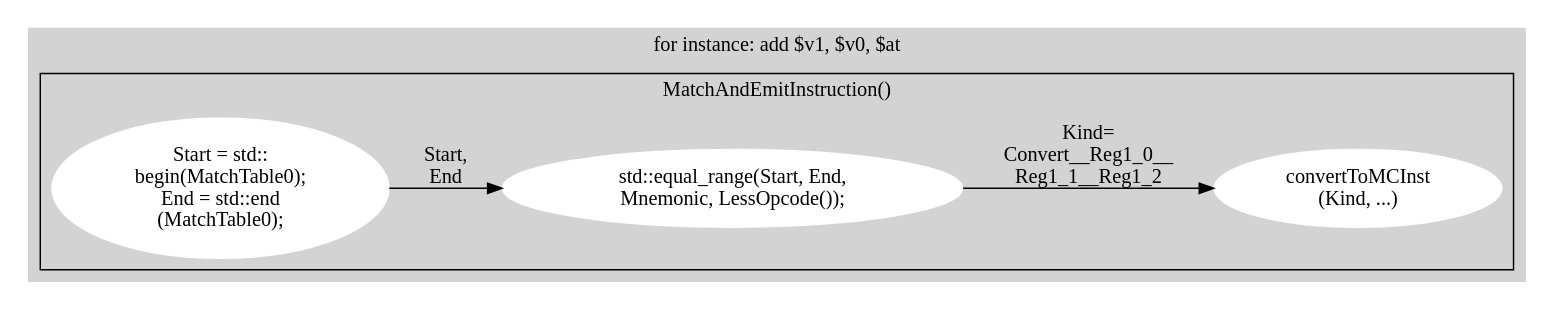
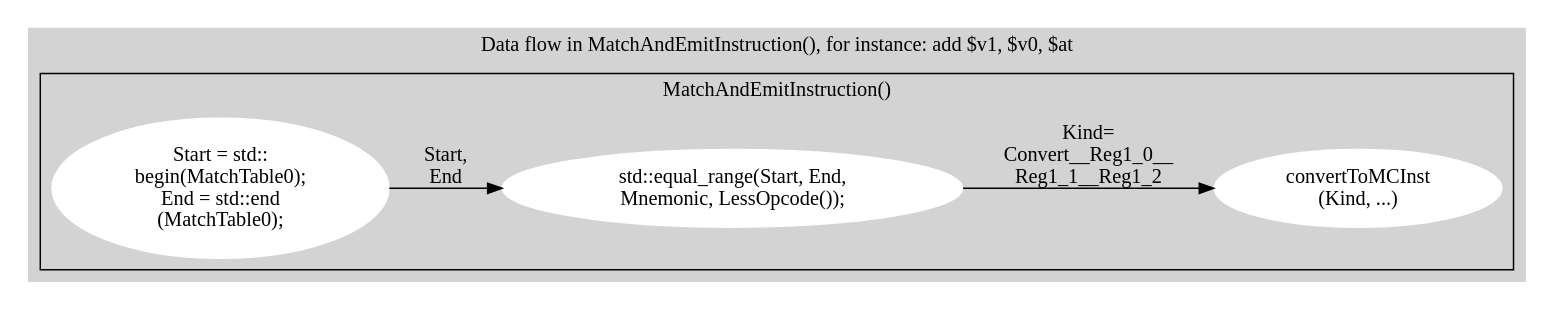
One commit to Jonathan2251/lbd changed the diagram in Fig/asm/asmDfdEx2.gv. Above: the diagram before and after it, drawn with Graphviz. The commit also changed 4 other files, not shown here.

Commit message:
use graphviz in Sphinx

```diff
--- a/Fig/asm/asmDfdEx2.gv
+++ b/Fig/asm/asmDfdEx2.gv
@@ -1,19 +1,19 @@
 // Free usage license, author: Chung-Shu Chen 陳鍾樞
 // dot -Tpng asmDfdEx2.gv -oasmDfdEx2.png
 
 digraph G {
   rankdir=LR;
   subgraph cluster_2 {
     style=filled;
-    label = "for instance: add $v1, $v0, $at";
+    label = "Data flow in MatchAndEmitInstruction(), for instance: add $v1, $v0, $at";
     subgraph clusterA {
       label = "MatchAndEmitInstruction()";
       node [style=filled,color=white]; MatchTable0 [label="Start = std::\nbegin(MatchTable0);\nEnd = std::end\n(MatchTable0);"];
       node [style=filled,color=white]; equal_range [label="std::equal_range(Start, End, \nMnemonic, LessOpcode());"];
       node [style=filled,color=white]; convertToMCInst [label="convertToMCInst\n(Kind, ...)"];
       MatchTable0 -> equal_range [ label = "Start,\nEnd" ];
       equal_range -> convertToMCInst [ label = "Kind=\nConvert__Reg1_0__\nReg1_1__Reg1_2" ];
     }
     color=lightgrey
   }
 }
```
